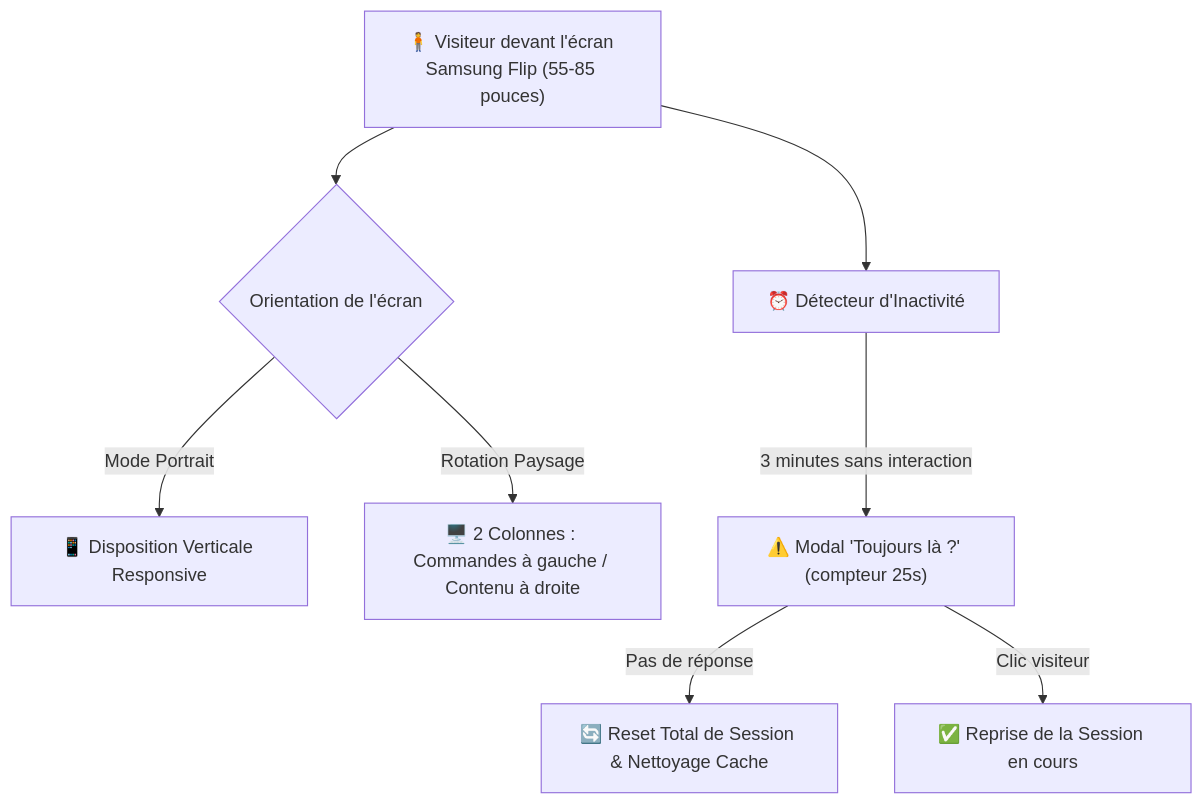
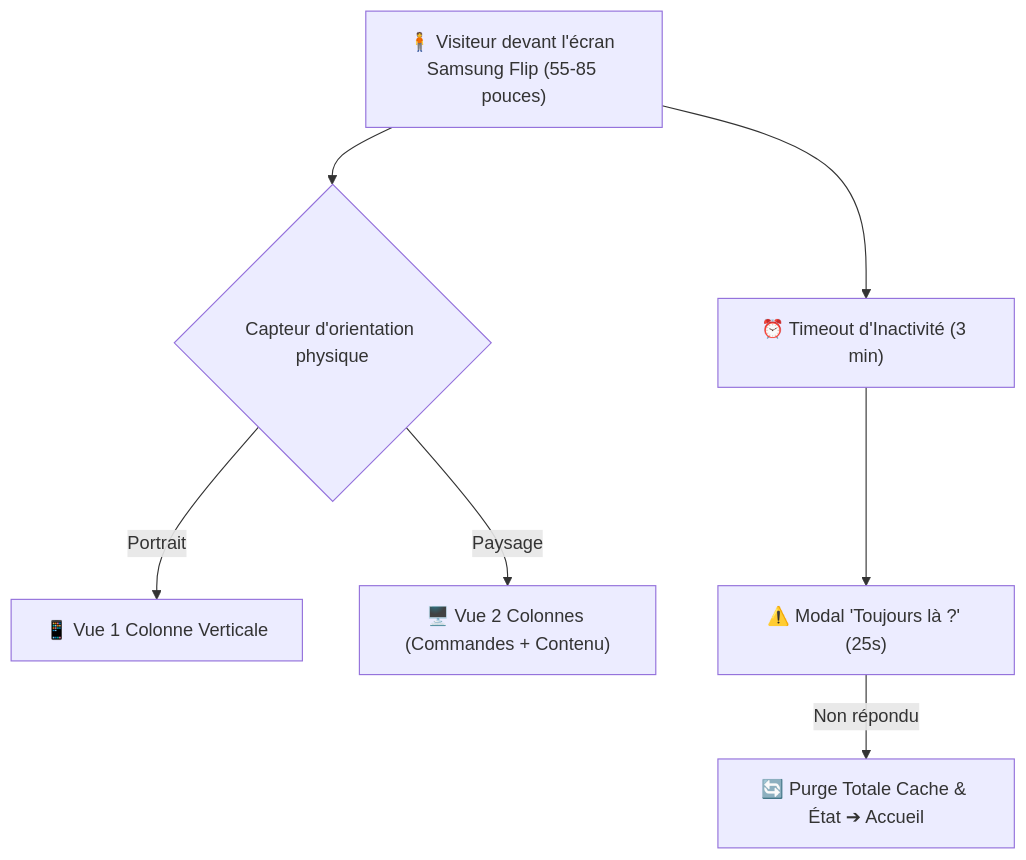
One commit to emiliejng/second-brain-Emilie changed the diagram in 01 - Projects/Stage OnePoint - AI Lab/Fiches Techniques/FT09 - Generic Showroom Experience Livepoint.md. Above: the diagram before and after it, drawn with Mermaid. The commit also changed other lines of this file and 4 other files, not shown here.

````diff
--- a/01 - Projects/Stage OnePoint - AI Lab/Fiches Techniques/FT09 - Generic Showroom Experience Livepoint.md
+++ b/01 - Projects/Stage OnePoint - AI Lab/Fiches Techniques/FT09 - Generic Showroom Experience Livepoint.md
@@ -44,11 +44,10 @@
 ```mermaid
 flowchart TD
-    A["🧍 Visiteur devant l'écran Samsung Flip (55-85 pouces)"] --> B{"Orientation de l'écran"}
-    B -->|"Mode Portrait"| C["📱 Disposition Verticale Responsive"]
-    B -->|"Rotation Paysage"| D["🖥️ 2 Colonnes : Commandes à gauche / Contenu à droite"]
+    A["🧍 Visiteur devant l'écran Samsung Flip (55-85 pouces)"] --> B{"Capteur d'orientation physique"}
+    B -->|"Portrait"| C["📱 Vue 1 Colonne Verticale"]
+    B -->|"Paysage"| D["🖥️ Vue 2 Colonnes (Commandes + Contenu)"]
     
-    A --> E["⏰ Détecteur d'Inactivité"]
-    E -->|"3 minutes sans interaction"| F["⚠️ Modal 'Toujours là ?' (compteur 25s)"]
-    F -->|"Pas de réponse"| G["🔄 Reset Total de Session & Nettoyage Cache"]
-    F -->|"Clic visiteur"| H["✅ Reprise de la Session en cours"]
+    A --> E["⏰ Timeout d'Inactivité (3 min)"]
+    E --> F["⚠️ Modal 'Toujours là ?' (25s)"]
+    F -->|"Non répondu"| G["🔄 Purge Totale Cache & État ➔ Accueil"]
 ```
````
